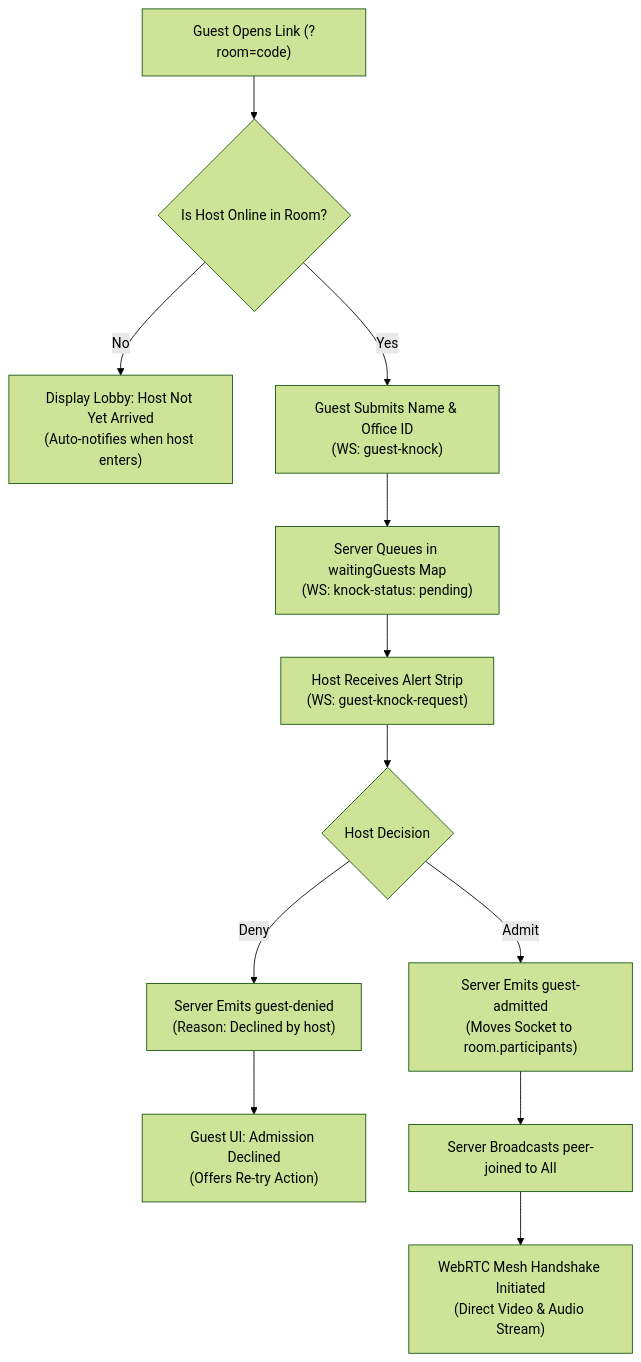
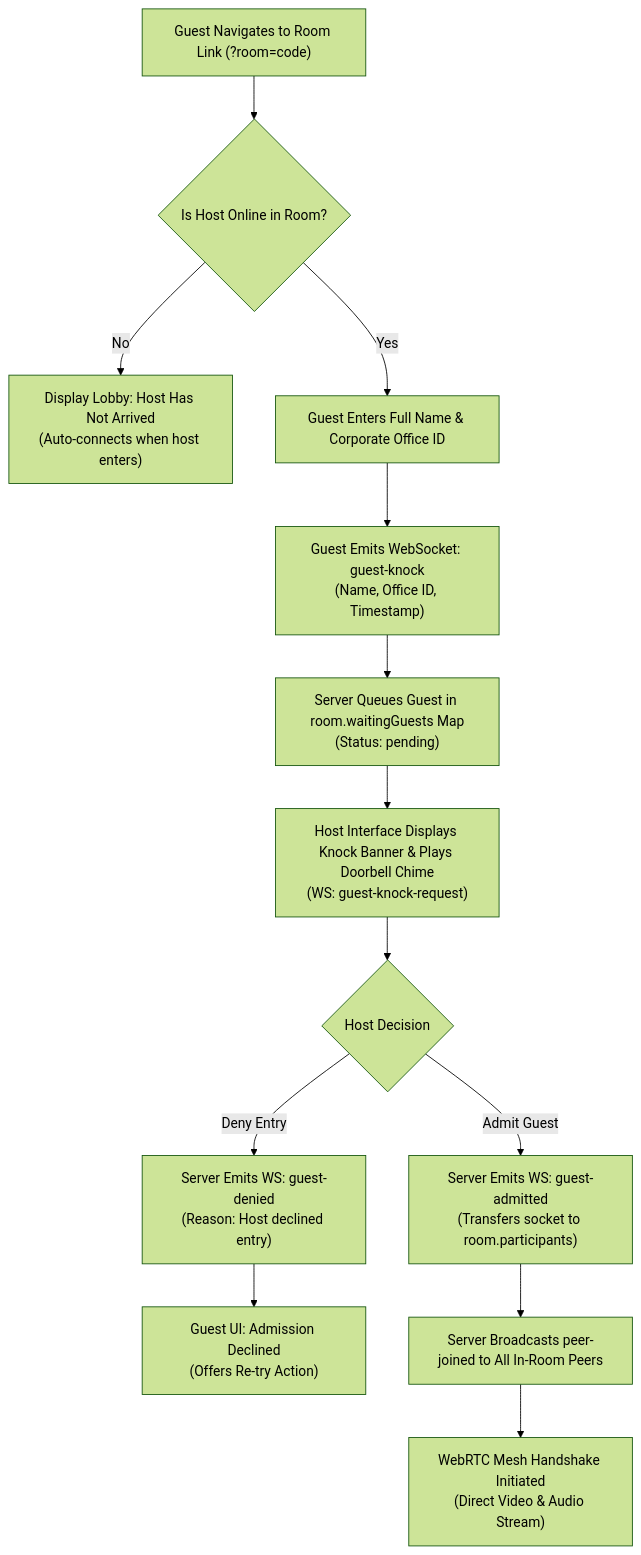
Before and after one commit to itssagarK/meetManager: the fourth of 10 diagrams in PROJECT_DOCUMENTATION.md, drawn with Mermaid (forest theme). The commit also changed other lines of this file and 3 other files, not shown here.

````diff
--- a/PROJECT_DOCUMENTATION.md
+++ b/PROJECT_DOCUMENTATION.md
@@ -368,19 +370,21 @@
 ```mermaid
 flowchart TD
-    GuestEnter["Guest Opens Link (?room=code)"] --> CheckHost{"Is Host Online in Room?"}
-    
-    CheckHost -- No --> LobbyWait["Display Lobby: Host Not Yet Arrived\n(Auto-notifies when host enters)"]
-    CheckHost -- Yes --> KnockReq["Guest Submits Name & Office ID\n(WS: guest-knock)"]
+    GuestStart["Guest Navigates to Room Link (?room=code)"] --> CheckHost{"Is Host Online in Room?"}
 
-    KnockReq --> ServerQueue["Server Queues in waitingGuests Map\n(WS: knock-status: pending)"]
-    ServerQueue --> HostAlert["Host Receives Alert Strip\n(WS: guest-knock-request)"]
+    CheckHost -- No --> DisplayWaitHost["Display Lobby: Host Has Not Arrived\n(Auto-connects when host enters)"]
+    CheckHost -- Yes --> InputCredentials["Guest Enters Full Name & Corporate Office ID"]
 
-    HostAlert --> HostAction{"Host Decision"}
-    
-    HostAction -- Deny --> SendDeny["Server Emits guest-denied\n(Reason: Declined by host)"]
-    SendDeny --> GuestDenied["Guest UI: Admission Declined\n(Offers Re-try Action)"]
+    InputCredentials --> EmitKnock["Guest Emits WebSocket: guest-knock\n(Name, Office ID, Timestamp)"]
+    EmitKnock --> ServerQueue["Server Queues Guest in room.waitingGuests Map\n(Status: pending)"]
 
-    HostAction -- Admit --> SendAdmit["Server Emits guest-admitted\n(Moves Socket to room.participants)"]
-    SendAdmit --> NotifyPeers["Server Broadcasts peer-joined to All"]
-    NotifyPeers --> MeshConnect["WebRTC Mesh Handshake Initiated\n(Direct Video & Audio Stream)"]
+    ServerQueue --> AlertHost["Host Interface Displays Knock Banner & Plays Doorbell Chime\n(WS: guest-knock-request)"]
+
+    AlertHost --> HostDecision{"Host Decision"}
+
+    HostDecision -- "Deny Entry" --> SendDenial["Server Emits WS: guest-denied\n(Reason: Host declined entry)"]
+    SendDenial --> ShowDenied["Guest UI: Admission Declined\n(Offers Re-try Action)"]
+
+    HostDecision -- "Admit Guest" --> SendAdmit["Server Emits WS: guest-admitted\n(Transfers socket to room.participants)"]
+    SendAdmit --> BroadcastPeers["Server Broadcasts peer-joined to All In-Room Peers"]
+    BroadcastPeers --> WebRTCMesh["WebRTC Mesh Handshake Initiated\n(Direct Video & Audio Stream)"]
 ```
````
